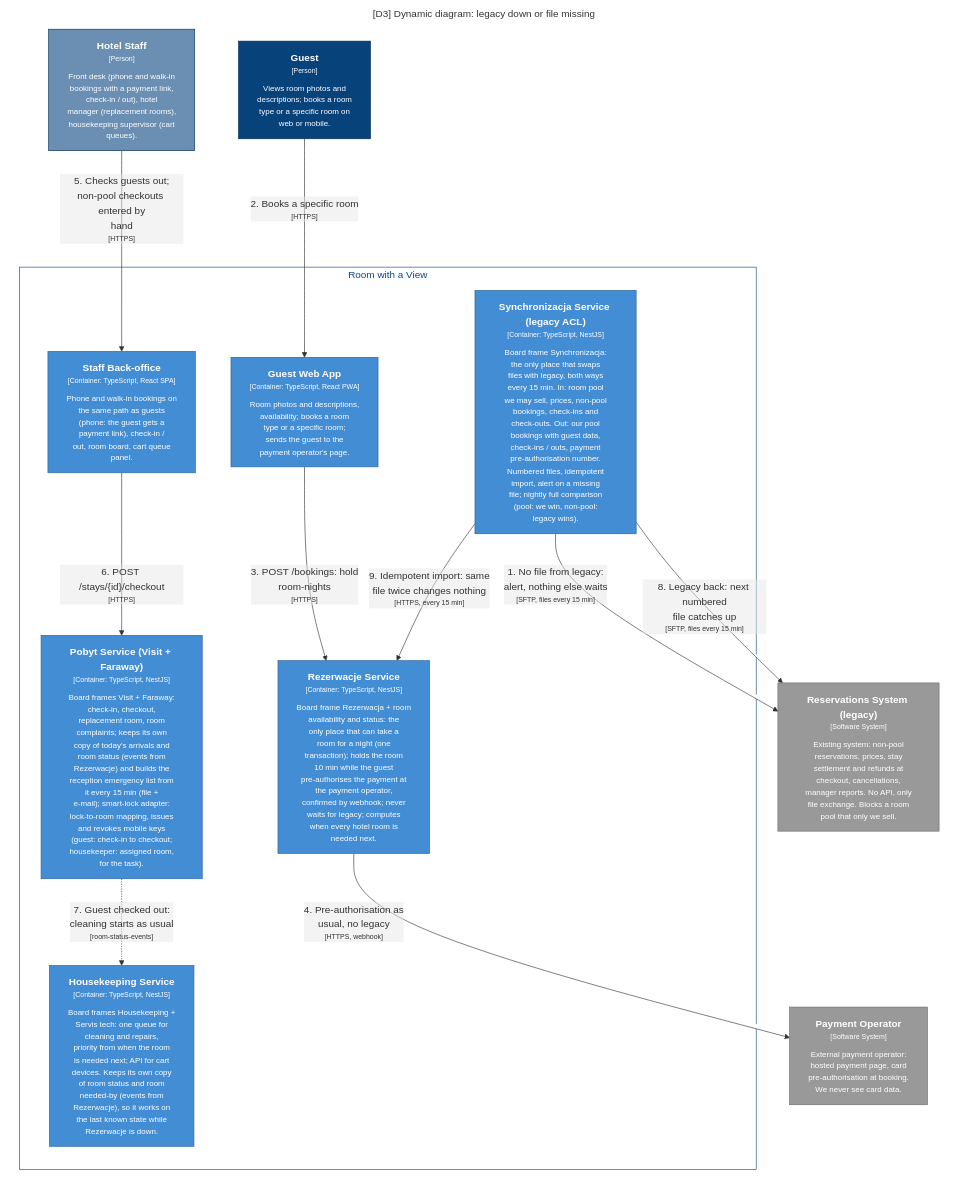
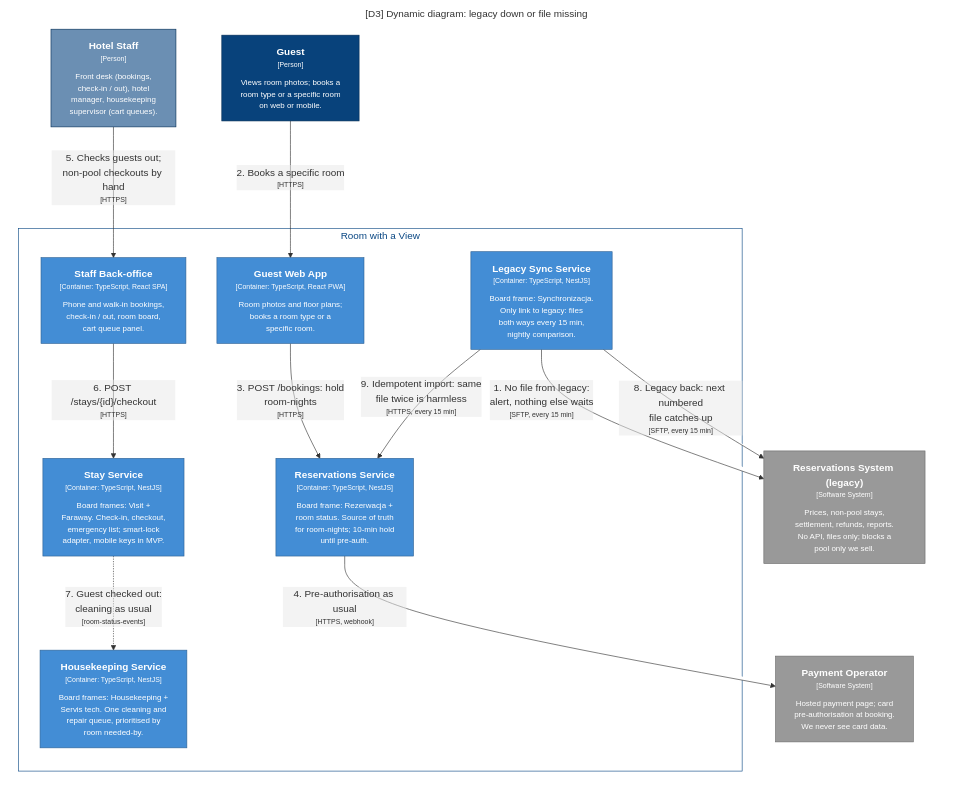
The diagram in zadanie/c4/out/mermaid/D3-LegacyDown.mmd (patrykkarny/Kata-workshopAI), drawn with Mermaid before and after one commit. The commit also changed 26 other files, not shown here.

```diff
--- a/zadanie/c4/out/mermaid/D3-LegacyDown.mmd
+++ b/zadanie/c4/out/mermaid/D3-LegacyDown.mmd
@@ -1,43 +1,43 @@
 graph LR
   linkStyle default fill:#ffffff
 
   subgraph diagram ["[D3] Dynamic diagram: legacy down or file missing"]
     style diagram fill:#ffffff,stroke:#ffffff
 
     subgraph 4 ["Room with a View"]
       style 4 fill:#ffffff,stroke:#0b4884,color:#0b4884
 
-      10["<div style='font-weight: bold'>Pobyt Service (Visit + Faraway)</div><div style='font-size: 70%; margin-top: 0px'>[Container: TypeScript, NestJS]</div><div style='font-size: 80%; margin-top:10px'>Board frames Visit + Faraway:<br />check-in, checkout,<br />replacement room, room<br />complaints; keeps its own<br />copy of today's arrivals and<br />room status (events from<br />Rezerwacje) and builds the<br />reception emergency list from<br />it every 15 min (file +<br />e-mail); smart-lock adapter:<br />lock-to-room mapping, issues<br />and revokes mobile keys<br />(guest: check-in to checkout;<br />housekeeper: assigned room,<br />for the task).</div>"]
+      10["<div style='font-weight: bold'>Stay Service</div><div style='font-size: 70%; margin-top: 0px'>[Container: TypeScript, NestJS]</div><div style='font-size: 80%; margin-top:10px'>Board frames: Visit +<br />Faraway. Check-in, checkout,<br />emergency list; smart-lock<br />adapter, mobile keys in MVP.</div>"]
       style 10 fill:#438dd5,stroke:#2e6295,color:#ffffff
-      11["<div style='font-weight: bold'>Synchronizacja Service (legacy ACL)</div><div style='font-size: 70%; margin-top: 0px'>[Container: TypeScript, NestJS]</div><div style='font-size: 80%; margin-top:10px'>Board frame Synchronizacja:<br />the only place that swaps<br />files with legacy, both ways<br />every 15 min. In: room pool<br />we may sell, prices, non-pool<br />bookings, check-ins and<br />check-outs. Out: our pool<br />bookings with guest data,<br />check-ins / outs, payment<br />pre-authorisation number.<br />Numbered files, idempotent<br />import, alert on a missing<br />file; nightly full comparison<br />(pool: we win, non-pool:<br />legacy wins).</div>"]
+      11["<div style='font-weight: bold'>Legacy Sync Service</div><div style='font-size: 70%; margin-top: 0px'>[Container: TypeScript, NestJS]</div><div style='font-size: 80%; margin-top:10px'>Board frame: Synchronizacja.<br />Only link to legacy: files<br />both ways every 15 min,<br />nightly comparison.</div>"]
       style 11 fill:#438dd5,stroke:#2e6295,color:#ffffff
-      5["<div style='font-weight: bold'>Guest Web App</div><div style='font-size: 70%; margin-top: 0px'>[Container: TypeScript, React PWA]</div><div style='font-size: 80%; margin-top:10px'>Room photos and descriptions,<br />availability; books a room<br />type or a specific room;<br />sends the guest to the<br />payment operator's page.</div>"]
+      5["<div style='font-weight: bold'>Guest Web App</div><div style='font-size: 70%; margin-top: 0px'>[Container: TypeScript, React PWA]</div><div style='font-size: 80%; margin-top:10px'>Room photos and floor plans;<br />books a room type or a<br />specific room.</div>"]
       style 5 fill:#438dd5,stroke:#2e6295,color:#ffffff
-      6["<div style='font-weight: bold'>Staff Back-office</div><div style='font-size: 70%; margin-top: 0px'>[Container: TypeScript, React SPA]</div><div style='font-size: 80%; margin-top:10px'>Phone and walk-in bookings on<br />the same path as guests<br />(phone: the guest gets a<br />payment link), check-in /<br />out, room board, cart queue<br />panel.</div>"]
+      6["<div style='font-weight: bold'>Staff Back-office</div><div style='font-size: 70%; margin-top: 0px'>[Container: TypeScript, React SPA]</div><div style='font-size: 80%; margin-top:10px'>Phone and walk-in bookings,<br />check-in / out, room board,<br />cart queue panel.</div>"]
       style 6 fill:#438dd5,stroke:#2e6295,color:#ffffff
-      8["<div style='font-weight: bold'>Rezerwacje Service</div><div style='font-size: 70%; margin-top: 0px'>[Container: TypeScript, NestJS]</div><div style='font-size: 80%; margin-top:10px'>Board frame Rezerwacja + room<br />availability and status: the<br />only place that can take a<br />room for a night (one<br />transaction); holds the room<br />10 min while the guest<br />pre-authorises the payment at<br />the payment operator,<br />confirmed by webhook; never<br />waits for legacy; computes<br />when every hotel room is<br />needed next.</div>"]
+      8["<div style='font-weight: bold'>Reservations Service</div><div style='font-size: 70%; margin-top: 0px'>[Container: TypeScript, NestJS]</div><div style='font-size: 80%; margin-top:10px'>Board frame: Rezerwacja +<br />room status. Source of truth<br />for room-nights; 10-min hold<br />until pre-auth.</div>"]
       style 8 fill:#438dd5,stroke:#2e6295,color:#ffffff
-      9["<div style='font-weight: bold'>Housekeeping Service</div><div style='font-size: 70%; margin-top: 0px'>[Container: TypeScript, NestJS]</div><div style='font-size: 80%; margin-top:10px'>Board frames Housekeeping +<br />Servis tech: one queue for<br />cleaning and repairs,<br />priority from when the room<br />is needed next; API for cart<br />devices. Keeps its own copy<br />of room status and room<br />needed-by (events from<br />Rezerwacje), so it works on<br />the last known state while<br />Rezerwacje is down.</div>"]
+      9["<div style='font-weight: bold'>Housekeeping Service</div><div style='font-size: 70%; margin-top: 0px'>[Container: TypeScript, NestJS]</div><div style='font-size: 80%; margin-top:10px'>Board frames: Housekeeping +<br />Servis tech. One cleaning and<br />repair queue, prioritised by<br />room needed-by.</div>"]
       style 9 fill:#438dd5,stroke:#2e6295,color:#ffffff
     end
 
-    1["<div style='font-weight: bold'>Guest</div><div style='font-size: 70%; margin-top: 0px'>[Person]</div><div style='font-size: 80%; margin-top:10px'>Views room photos and<br />descriptions; books a room<br />type or a specific room on<br />web or mobile.</div>"]
+    1["<div style='font-weight: bold'>Guest</div><div style='font-size: 70%; margin-top: 0px'>[Person]</div><div style='font-size: 80%; margin-top:10px'>Views room photos; books a<br />room type or a specific room<br />on web or mobile.</div>"]
     style 1 fill:#08427b,stroke:#052e56,color:#ffffff
-    2["<div style='font-weight: bold'>Hotel Staff</div><div style='font-size: 70%; margin-top: 0px'>[Person]</div><div style='font-size: 80%; margin-top:10px'>Front desk (phone and walk-in<br />bookings with a payment link,<br />check-in / out), hotel<br />manager (replacement rooms),<br />housekeeping supervisor (cart<br />queues).</div>"]
+    2["<div style='font-weight: bold'>Hotel Staff</div><div style='font-size: 70%; margin-top: 0px'>[Person]</div><div style='font-size: 80%; margin-top:10px'>Front desk (bookings,<br />check-in / out), hotel<br />manager, housekeeping<br />supervisor (cart queues).</div>"]
     style 2 fill:#6b8fb3,stroke:#052e56,color:#ffffff
-    15["<div style='font-weight: bold'>Reservations System (legacy)</div><div style='font-size: 70%; margin-top: 0px'>[Software System]</div><div style='font-size: 80%; margin-top:10px'>Existing system: non-pool<br />reservations, prices, stay<br />settlement and refunds at<br />checkout, cancellations,<br />manager reports. No API, only<br />file exchange. Blocks a room<br />pool that only we sell.</div>"]
+    15["<div style='font-weight: bold'>Reservations System (legacy)</div><div style='font-size: 70%; margin-top: 0px'>[Software System]</div><div style='font-size: 80%; margin-top:10px'>Prices, non-pool stays,<br />settlement, refunds, reports.<br />No API, files only; blocks a<br />pool only we sell.</div>"]
     style 15 fill:#999999,stroke:#6b6b6b,color:#ffffff
-    17["<div style='font-weight: bold'>Payment Operator</div><div style='font-size: 70%; margin-top: 0px'>[Software System]</div><div style='font-size: 80%; margin-top:10px'>External payment operator:<br />hosted payment page, card<br />pre-authorisation at booking.<br />We never see card data.</div>"]
+    17["<div style='font-weight: bold'>Payment Operator</div><div style='font-size: 70%; margin-top: 0px'>[Software System]</div><div style='font-size: 80%; margin-top:10px'>Hosted payment page; card<br />pre-authorisation at booking.<br />We never see card data.</div>"]
     style 17 fill:#999999,stroke:#6b6b6b,color:#ffffff
 
-    11-- "<div>1. No file from legacy:<br />alert, nothing else waits</div><div style='font-size: 70%'>[SFTP, files every 15 min]</div>" -->15
+    11-- "<div>1. No file from legacy:<br />alert, nothing else waits</div><div style='font-size: 70%'>[SFTP, every 15 min]</div>" -->15
     1-- "<div>2. Books a specific room</div><div style='font-size: 70%'>[HTTPS]</div>" -->5
     5-- "<div>3. POST /bookings: hold<br />room-nights</div><div style='font-size: 70%'>[HTTPS]</div>" -->8
-    8-- "<div>4. Pre-authorisation as<br />usual, no legacy</div><div style='font-size: 70%'>[HTTPS, webhook]</div>" -->17
-    2-- "<div>5. Checks guests out;<br />non-pool checkouts entered by<br />hand</div><div style='font-size: 70%'>[HTTPS]</div>" -->6
+    8-- "<div>4. Pre-authorisation as usual</div><div style='font-size: 70%'>[HTTPS, webhook]</div>" -->17
+    2-- "<div>5. Checks guests out;<br />non-pool checkouts by hand</div><div style='font-size: 70%'>[HTTPS]</div>" -->6
     6-- "<div>6. POST /stays/{id}/checkout</div><div style='font-size: 70%'>[HTTPS]</div>" -->10
-    10-. "<div>7. Guest checked out:<br />cleaning starts as usual</div><div style='font-size: 70%'>[room-status-events]</div>" .->9
-    11-- "<div>8. Legacy back: next numbered<br />file catches up</div><div style='font-size: 70%'>[SFTP, files every 15 min]</div>" -->15
-    11-- "<div>9. Idempotent import: same<br />file twice changes nothing</div><div style='font-size: 70%'>[HTTPS, every 15 min]</div>" -->8
+    10-. "<div>7. Guest checked out:<br />cleaning as usual</div><div style='font-size: 70%'>[room-status-events]</div>" .->9
+    11-- "<div>8. Legacy back: next numbered<br />file catches up</div><div style='font-size: 70%'>[SFTP, every 15 min]</div>" -->15
+    11-- "<div>9. Idempotent import: same<br />file twice is harmless</div><div style='font-size: 70%'>[HTTPS, every 15 min]</div>" -->8
 
   end
```
